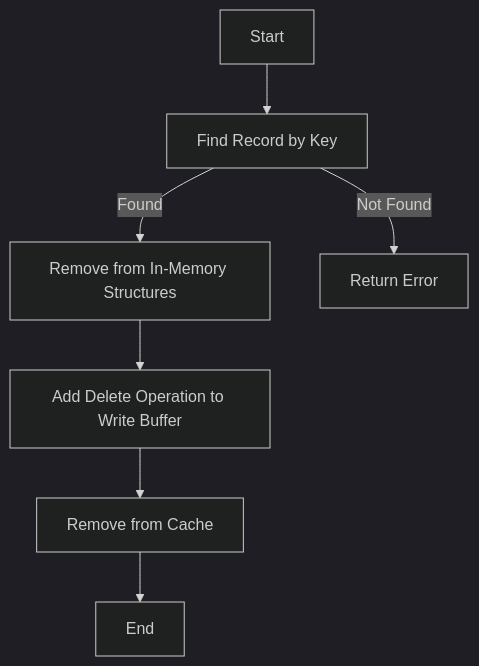
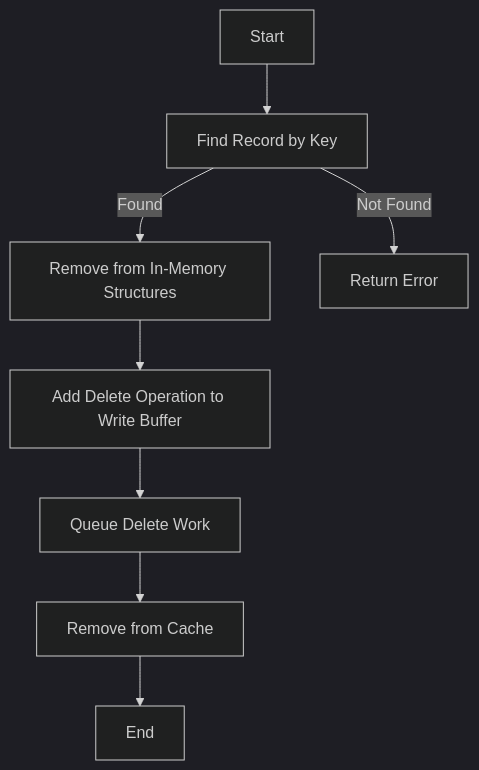
The sixth of 10 diagrams in TechnicalDesign.md (mehrantsi/high-performance-kv-store), drawn with Mermaid (dark theme) before and after one commit. The commit also changed other lines of this file, not shown here.

````diff
--- a/TechnicalDesign.md
+++ b/TechnicalDesign.md
@@ -481,9 +463,10 @@
 ```mermaid
 flowchart TD
     A[Start] --> B[Find Record by Key]
     B -->|Found| C[Remove from In-Memory Structures]
     B -->|Not Found| D[Return Error]
     C --> E[Add Delete Operation to Write Buffer]
-    E --> F[Remove from Cache]
-    F --> G[End]
+    E --> F[Queue Delete Work]
+    F --> G[Remove from Cache]
+    G --> H[End]
 ```
````
